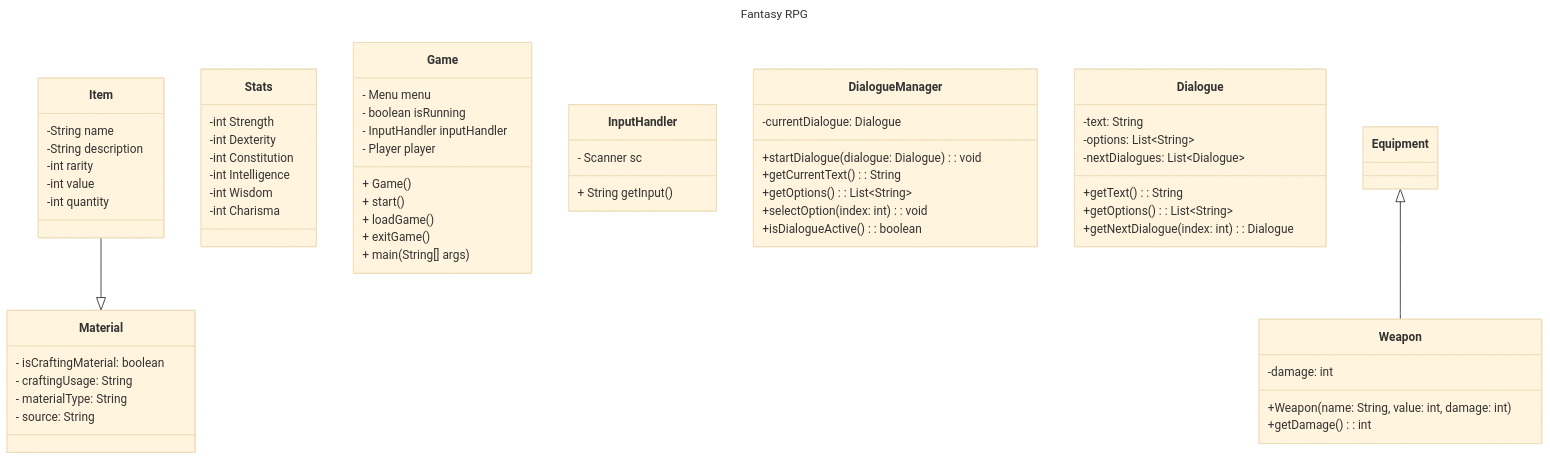
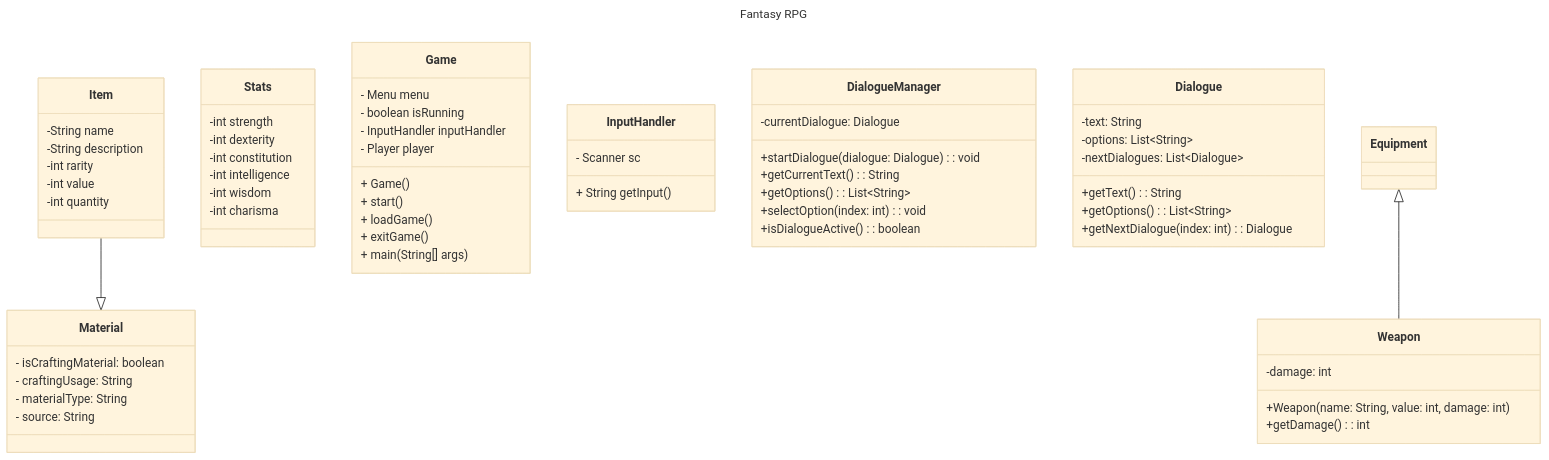
One commit to pacalso-jjc/2425-2nd-cc3-1b-rpg changed the diagram in wiki/Class-Diagram.md. Above: the diagram before and after it, drawn with Mermaid (base theme).

Commit message:
changed stat names to lowercase

````diff
--- a/wiki/Class-Diagram.md
+++ b/wiki/Class-Diagram.md
@@ -1,73 +1,73 @@
 ```mermaid
 ---
 title: Fantasy RPG
 ---
 classDiagram
     Item --|> Material
     class Material {
         - isCraftingMaterial: boolean
         - craftingUsage: String
         - materialType: String
         - source: String
     }
 
     class Item{
         -String name
         -String description
         -int rarity
         -int value
         -int quantity
     }
     
     class Stats{
- 	-int Strength
-	-int Dexterity
-	-int Constitution
-	-int Intelligence
-	-int Wisdom
-	-int Charisma
+ 	-int strength
+	-int dexterity
+	-int constitution
+	-int intelligence
+	-int wisdom
+	-int charisma
     }
 
     class Game{
         - Menu menu
         - boolean isRunning
         - InputHandler inputHandler
         - Player player
         + Game()
         + start()
         + loadGame()
         + exitGame()
         + main(String[] args)
     }
 
     class InputHandler{
         - Scanner sc
         + String getInput()
     }
 
     class DialogueManager {
         -currentDialogue: Dialogue
         +startDialogue(dialogue: Dialogue): void
         +getCurrentText(): String
         +getOptions(): List~String~
         +selectOption(index: int): void
         +isDialogueActive(): boolean
     } 
 
     class Dialogue {
         -text: String
         -options: List~String~
         -nextDialogues: List~Dialogue~
         +getText(): String
         +getOptions(): List~String~
         +getNextDialogue(index: int): Dialogue
     }
 
     Equipment <|-- Weapon
     class Weapon {
         -damage: int
         +Weapon(name: String, value: int, damage: int)
         +getDamage(): int
     }
 
 ```
````
